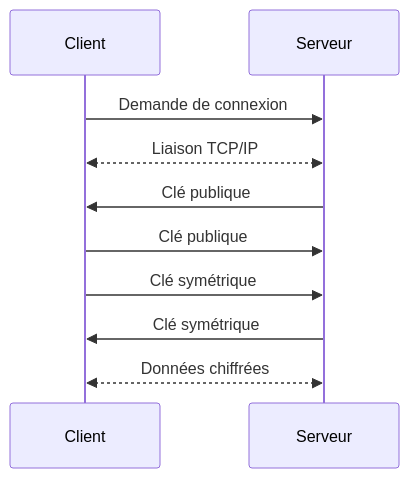
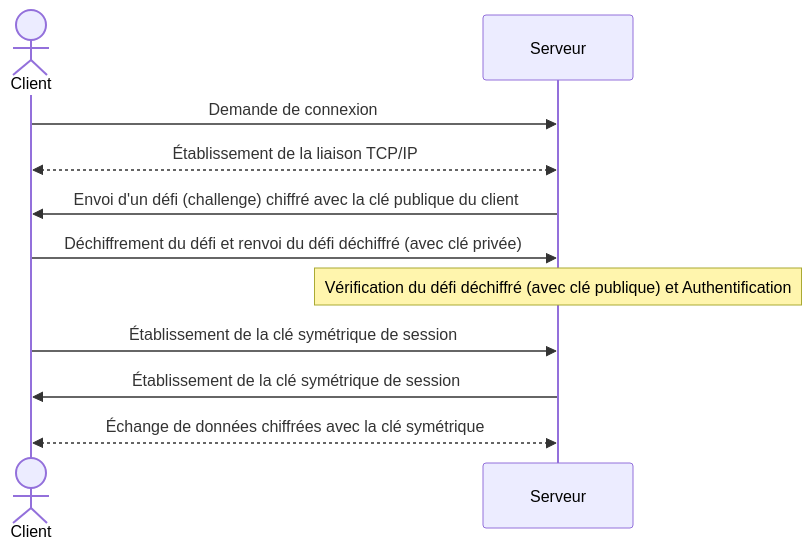
One commit to do-it-ecm/courses changed the diagram in info/ops/ssh.md. Above: the diagram before and after it, drawn with Mermaid. The commit also changed other lines of this file and 19 other files, not shown here.

```diff
--- a/info/ops/ssh.md
+++ b/info/ops/ssh.md
@@ -39,12 +43,13 @@
 <pre class="mermaid" style="background-color: transparent;">
 sequenceDiagram
-    participant Client
+    actor Client
     participant Serveur
     Client->>Serveur: Demande de connexion
-    Client<<-->>Serveur : Liaison TCP/IP
-    Serveur->>Client: Clé publique
-    Client->>Serveur: Clé publique
-    Client->>Serveur: Clé symétrique
-    Serveur->>Client: Clé symétrique
-    Client<<-->>Serveur: Données chiffrées
+    Client<<-->>Serveur: Établissement de la liaison TCP/IP
+    Serveur->>Client: Envoi d'un défi (challenge) chiffré avec la clé publique du client
+    Client->>Serveur: Déchiffrement du défi et renvoi du défi déchiffré (avec clé privée)
+    Note over Serveur: Vérification du défi déchiffré (avec clé publique) et Authentification
+    Client->>Serveur: Établissement de la clé symétrique de session
+    Serveur->>Client: Établissement de la clé symétrique de session
+    Client<<-->>Serveur: Échange de données chiffrées avec la clé symétrique
 </pre>
```
